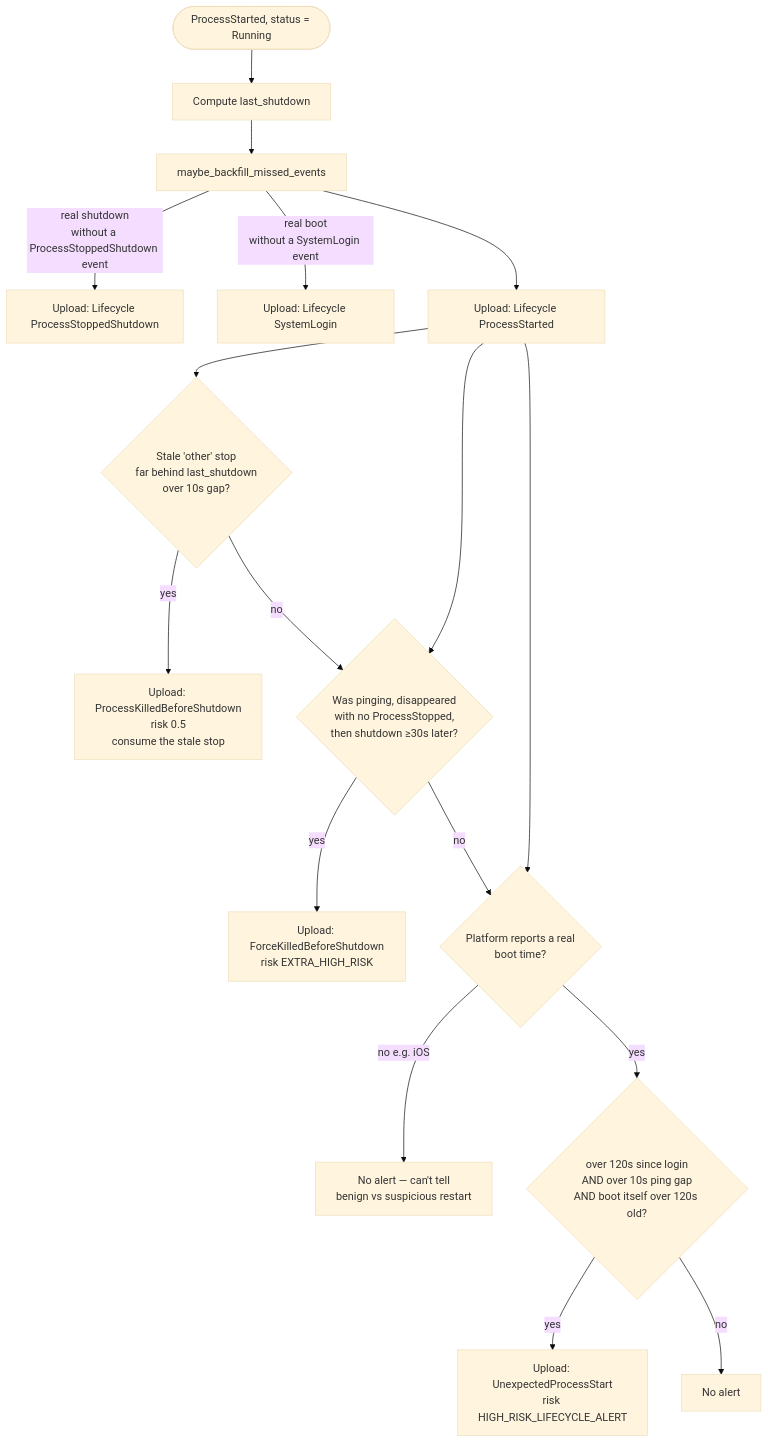
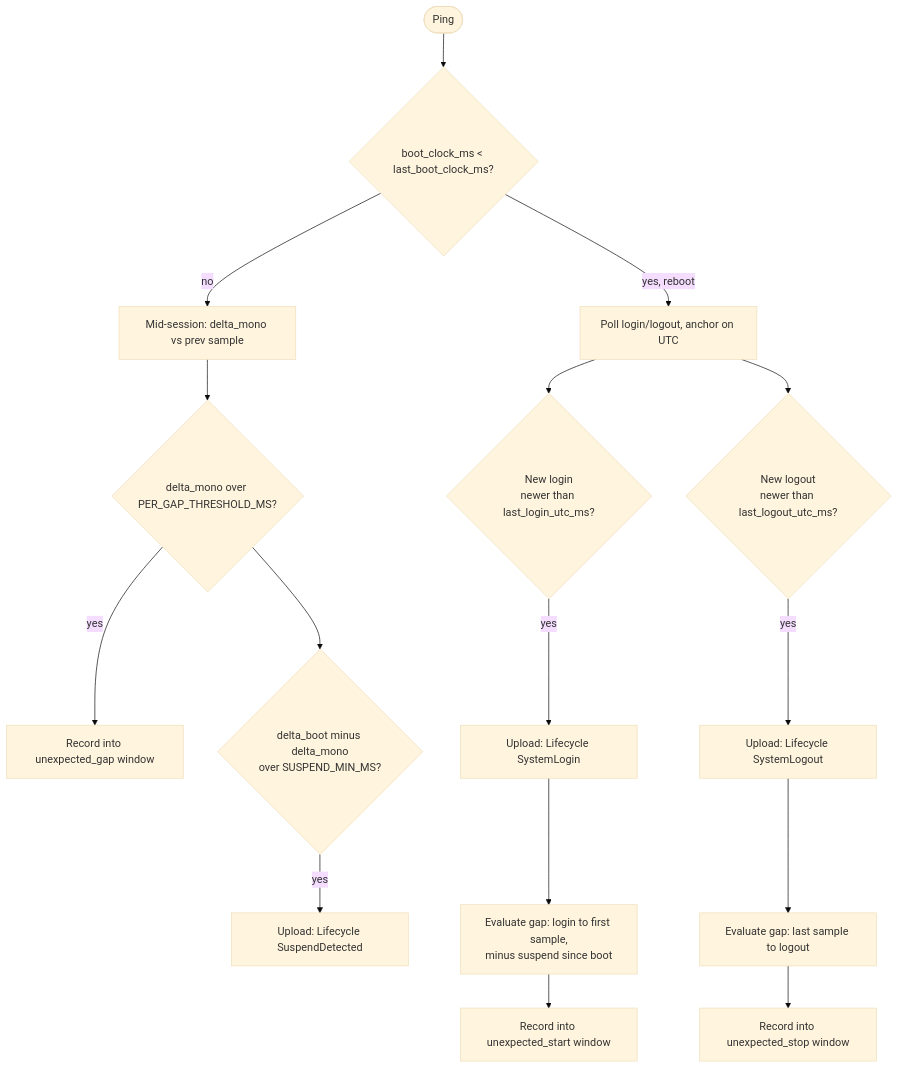
Before and after one commit to virtue-initiative/virtue-initiative: the second of 3 diagrams in landing/src/content/help/developer/lifecycle.md, drawn with Mermaid (base theme). The commit also changed other lines of this file and 42 other files, not shown here.

````diff
--- a/landing/src/content/help/developer/lifecycle.md
+++ b/landing/src/content/help/developer/lifecycle.md
@@ -74,22 +69,21 @@
 ```mermaid
 flowchart TD
-    Start([ProcessStarted, status = Running]) --> Compute[Compute last_shutdown]
-    Compute --> Backfill[maybe_backfill_missed_events]
-    Backfill -->|real shutdown\nwithout a ProcessStoppedShutdown event| BackfillStop[Upload: Lifecycle ProcessStoppedShutdown]
-    Backfill -->|real boot\nwithout a SystemLogin event| BackfillLogin[Upload: Lifecycle SystemLogin]
-    Backfill --> Routine[Upload: Lifecycle ProcessStarted]
+    P([Ping]) --> Reboot{boot_clock_ms < last_boot_clock_ms?}
+    Reboot -->|yes, reboot| Poll[Poll login/logout, anchor on UTC]
+    Reboot -->|no| Mid[Mid-session: delta_mono vs prev sample]
 
-    Routine --> CheckA{Stale 'other' stop\nfar behind last_shutdown\nover 10s gap?}
-    CheckA -->|yes| AlertA[Upload: ProcessKilledBeforeShutdown\nrisk 0.5\nconsume the stale stop]
-    CheckA -->|no| CheckB
+    Mid --> MidGap{delta_mono over PER_GAP_THRESHOLD_MS?}
+    MidGap -->|yes| RecordGap[Record into unexpected_gap window]
+    MidGap --> Suspend{delta_boot minus delta_mono\nover SUSPEND_MIN_MS?}
+    Suspend -->|yes| SuspendLog[Upload: Lifecycle SuspendDetected]
 
-    Routine --> CheckB{Was pinging, disappeared\nwith no ProcessStopped,\nthen shutdown ≥30s later?}
-    CheckB -->|yes| AlertB[Upload: ForceKilledBeforeShutdown\nrisk EXTRA_HIGH_RISK]
-    CheckB -->|no| CheckC
+    Poll --> LoginCheck{New login\nnewer than last_login_utc_ms?}
+    LoginCheck -->|yes| LoginUpload[Upload: Lifecycle SystemLogin]
+    LoginUpload --> StartGap[Evaluate gap: login to first sample,\nminus suspend since boot]
+    StartGap --> RecordStart[Record into unexpected_start window]
 
-    Routine --> CheckC{Platform reports a real\nboot time?}
-    CheckC -->|no e.g. iOS| Silent[No alert — can't tell\nbenign vs suspicious restart]
-    CheckC -->|yes| CheckC2{over 120s since login\nAND over 10s ping gap\nAND boot itself over 120s old?}
-    CheckC2 -->|yes| AlertC[Upload: UnexpectedProcessStart\nrisk HIGH_RISK_LIFECYCLE_ALERT]
-    CheckC2 -->|no| NoAlertC[No alert]
+    Poll --> LogoutCheck{New logout\nnewer than last_logout_utc_ms?}
+    LogoutCheck -->|yes| LogoutUpload[Upload: Lifecycle SystemLogout]
+    LogoutUpload --> StopGap[Evaluate gap: last sample to logout]
+    StopGap --> RecordStop[Record into unexpected_stop window]
 ```
````
